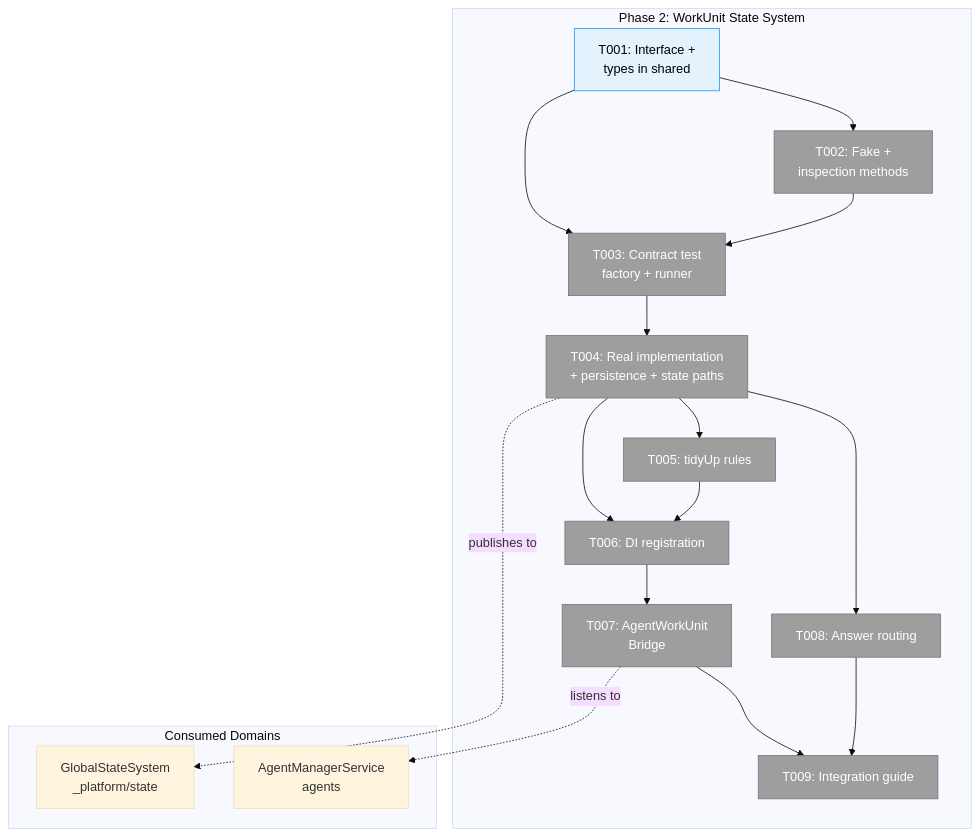
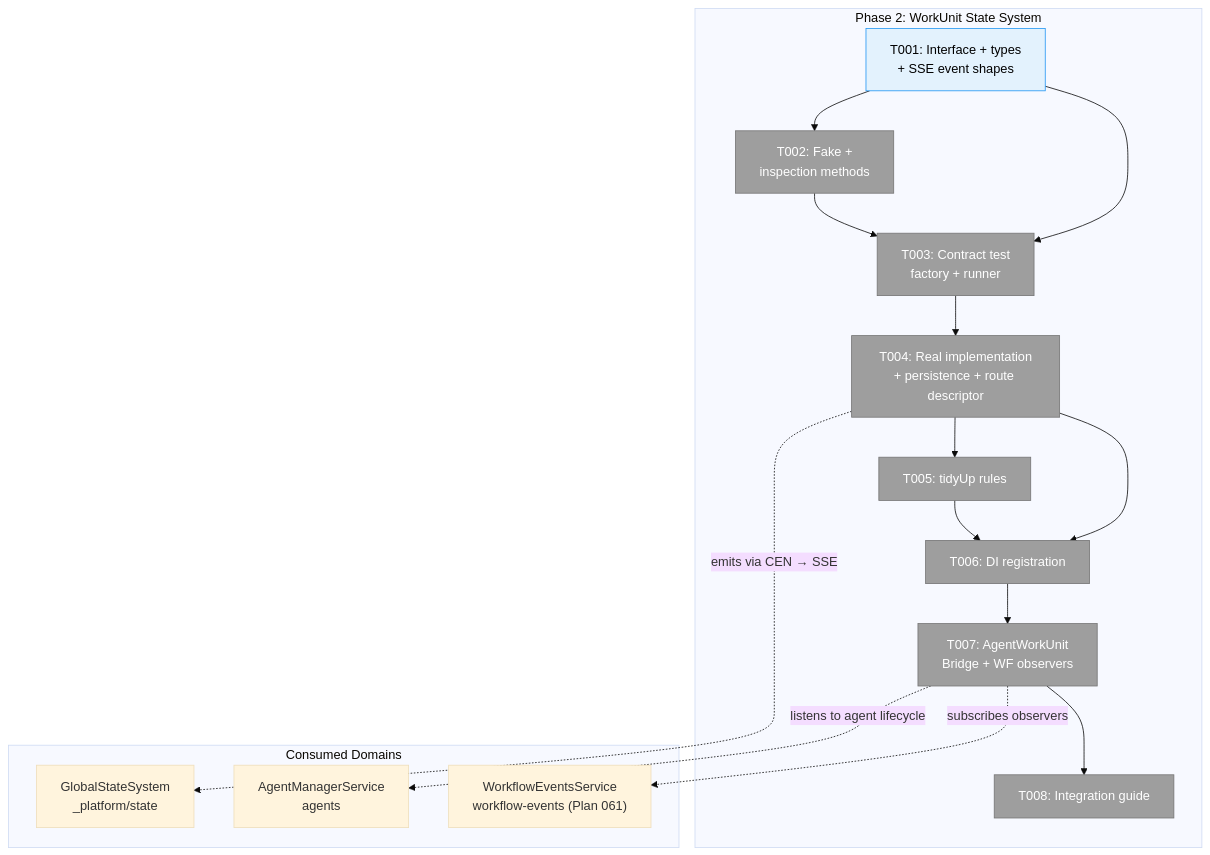
The first of 3 diagrams in docs/plans/059-fix-agents/tasks/phase-2-workunit-state-system/tasks.md (AI-Substrate/chainglass), drawn with Mermaid (base theme) before and after one commit. The commit also changed other lines of this file and 2 other files, not shown here.

First line of the commit message:
Remediate Plan 059 Phase 2 dossier after Plan 061 completion

````diff
--- a/docs/plans/059-fix-agents/tasks/phase-2-workunit-state-system/tasks.md
+++ b/docs/plans/059-fix-agents/tasks/phase-2-workunit-state-system/tasks.md
@@ -96,37 +96,36 @@
 ```mermaid
 flowchart TD
     classDef pending fill:#9E9E9E,stroke:#757575,color:#fff
     classDef new fill:#E3F2FD,stroke:#2196F3,color:#000
 
     subgraph Phase2["Phase 2: WorkUnit State System"]
-        T001["T001: Interface +<br/>types in shared"]:::new
+        T001["T001: Interface + types<br/>+ SSE event shapes"]:::new
         T002["T002: Fake +<br/>inspection methods"]:::pending
         T003["T003: Contract test<br/>factory + runner"]:::pending
-        T004["T004: Real implementation<br/>+ persistence + state paths"]:::pending
+        T004["T004: Real implementation<br/>+ persistence + route descriptor"]:::pending
         T005["T005: tidyUp rules"]:::pending
         T006["T006: DI registration"]:::pending
-        T007["T007: AgentWorkUnit<br/>Bridge"]:::pending
-        T008["T008: Answer routing"]:::pending
-        T009["T009: Integration guide"]:::pending
+        T007["T007: AgentWorkUnit<br/>Bridge + WF observers"]:::pending
+        T008["T008: Integration guide"]:::pending
 
         T001 --> T002
         T001 --> T003
         T002 --> T003
         T003 --> T004
         T004 --> T005
         T004 --> T006
         T005 --> T006
         T006 --> T007
-        T004 --> T008
-        T007 --> T009
-        T008 --> T009
+        T007 --> T008
     end
 
     subgraph Consumed["Consumed Domains"]
         GSS["GlobalStateSystem<br/>_platform/state"]
         AGT["AgentManagerService<br/>agents"]
+        WFE["WorkflowEventsService<br/>workflow-events (Plan 061)"]
     end
 
-    T004 -.->|"publishes to"| GSS
-    T007 -.->|"listens to"| AGT
+    T004 -.->|"emits via CEN → SSE"| GSS
+    T007 -.->|"listens to agent lifecycle"| AGT
+    T007 -.->|"subscribes observers"| WFE
 ```
````
